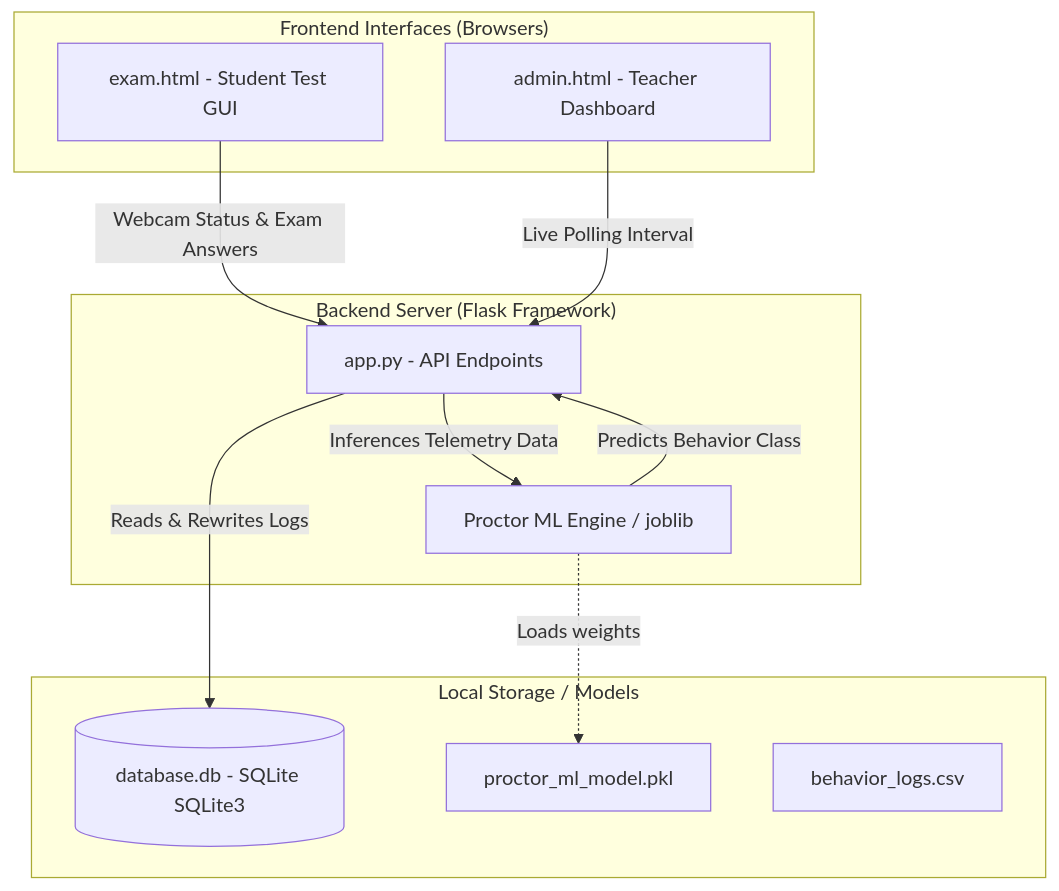
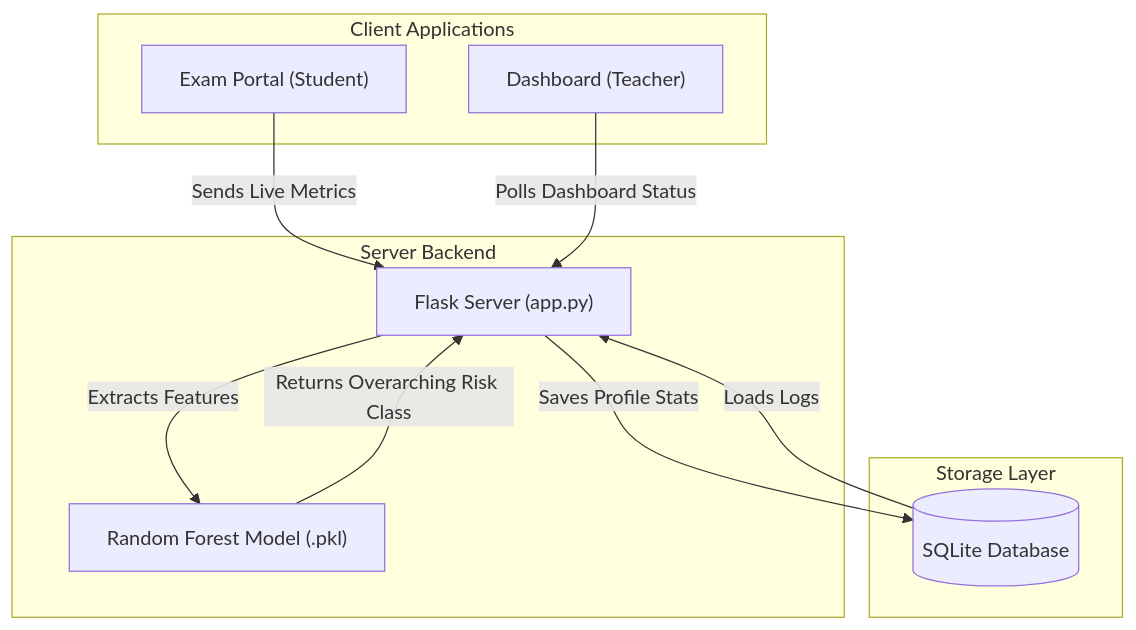
One commit to vaishnav4281/exam-monitor-ml changed the first of 8 diagrams in project.md. Above: the diagram before and after it, drawn with Mermaid. The commit also changed other lines of this file, not shown here.

````diff
--- a/project.md
+++ b/project.md
@@ -38,25 +42,23 @@
 ```mermaid
 graph TD
-    subgraph "Frontend Interfaces (Browsers)"
-        E[exam.html - Student Test GUI]
-        A[admin.html - Teacher Dashboard]
+    subgraph "Client Applications"
+        Client["Exam Portal (Student)"]
+        Admin["Dashboard (Teacher)"]
     end
 
-    subgraph "Backend Server (Flask Framework)"
-        API[app.py - API Endpoints]
-        MLP[Proctor ML Engine / joblib]
+    subgraph "Server Backend"
+        API["Flask Server (app.py)"]
+        ML["Random Forest Model (.pkl)"]
     end
 
-    subgraph "Local Storage / Models"
-        DB[(database.db - SQLite SQLite3)]
-        PKL[proctor_ml_model.pkl]
-        CSV[behavior_logs.csv]
+    subgraph "Storage Layer"
+        DB[("SQLite Database")]
     end
 
-    E -- "Webcam Status & Exam Answers" --> API
-    A -- "Live Polling Interval" --> API
-    API -- "Inferences Telemetry Data" --> MLP
-    MLP -- "Predicts Behavior Class" --> API
-    MLP -. "Loads weights" .-> PKL
-    API -- "Reads & Rewrites Logs" --> DB
+    Client -->|"Sends Live Metrics"| API
+    Admin -->|"Polls Dashboard Status"| API
+    API -->|"Extracts Features"| ML
+    ML -->|"Returns Overarching Risk Class"| API
+    API -->|"Saves Profile Stats"| DB
+    DB -->|"Loads Logs"| API
 ```
````
